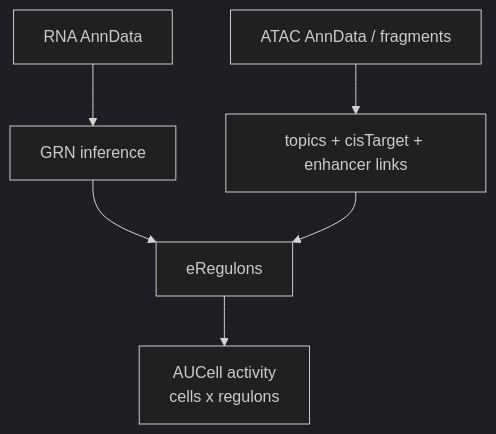
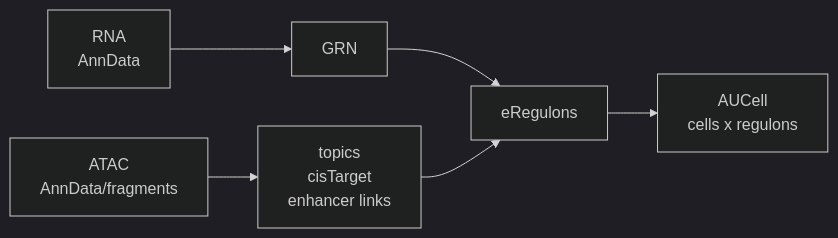
The diagram in README.md (lmVl12/rustscenic), drawn with Mermaid (dark theme) before and after one commit.

Commit message:
docs: keep README workflow left-to-right

````diff
--- a/README.md
+++ b/README.md
@@ -18,8 +18,8 @@
 ```mermaid
-flowchart TB
-    rna["RNA AnnData"] --> grn["GRN inference"]
-    atac["ATAC AnnData / fragments"] --> chrom["topics + cisTarget + enhancer links"]
+flowchart LR
+    rna["RNA<br/>AnnData"] --> grn["GRN"]
+    atac["ATAC<br/>AnnData/fragments"] --> chrom["topics<br/>cisTarget<br/>enhancer links"]
     grn --> ereg["eRegulons"]
     chrom --> ereg
-    ereg --> auc["AUCell activity<br/>cells x regulons"]
+    ereg --> auc["AUCell<br/>cells x regulons"]
 ```
````
